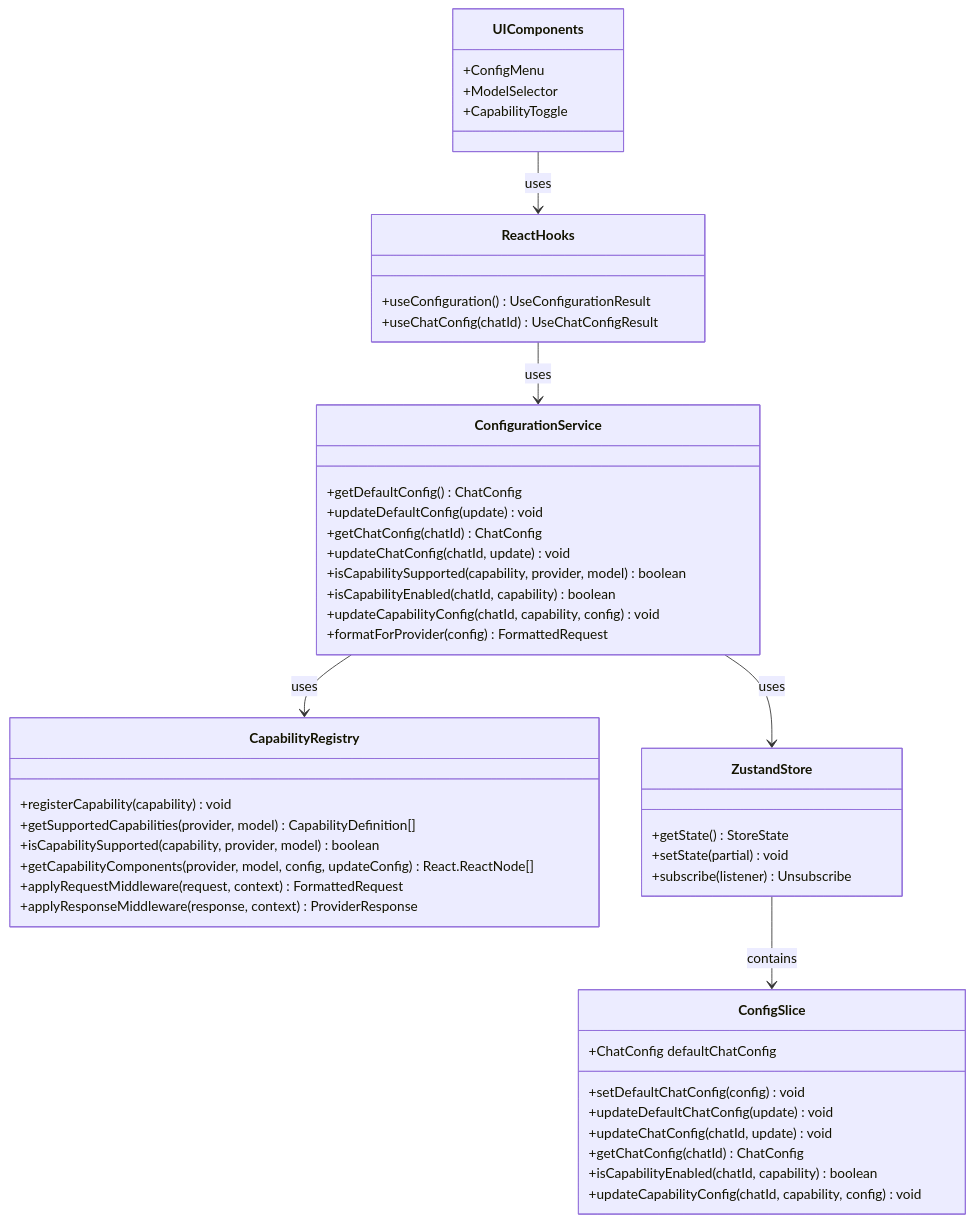
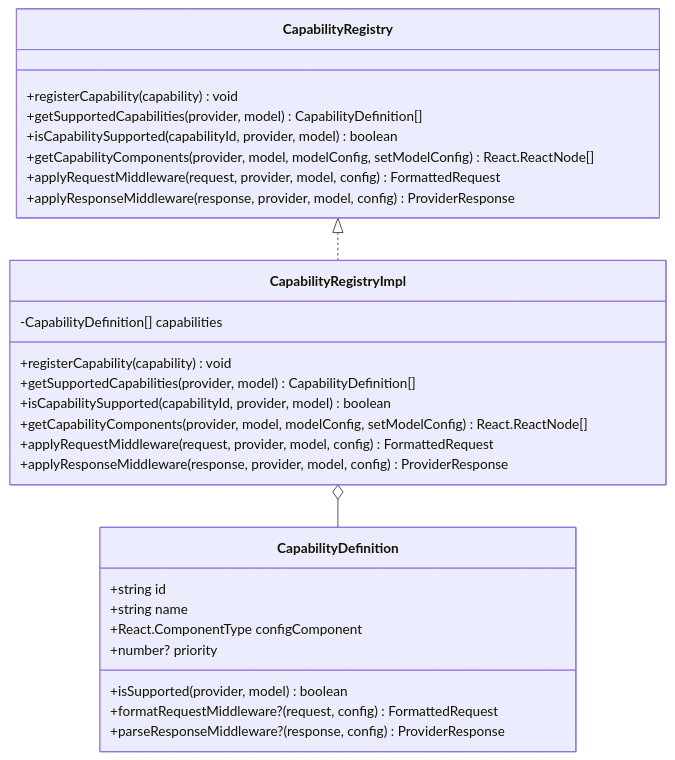
Before and after one commit to m1981/mychat: the third of 6 diagrams in doc_interfaces.md, drawn with Mermaid. The commit also changed other lines of this file and 12 other files, not shown here.

````diff
--- a/doc_interfaces.md
+++ b/doc_interfaces.md
@@ -814,55 +945,34 @@
 ```mermaid
 classDiagram
-    class ConfigSlice {
-        +ChatConfig defaultChatConfig
-        +setDefaultChatConfig(config) void
-        +updateDefaultChatConfig(update) void
-        +updateChatConfig(chatId, update) void
-        +getChatConfig(chatId) ChatConfig
-        +isCapabilityEnabled(chatId, capability) boolean
-        +updateCapabilityConfig(chatId, capability, config) void
-    }
-    
-    class ConfigurationService {
-        +getDefaultConfig() ChatConfig
-        +updateDefaultConfig(update) void
-        +getChatConfig(chatId) ChatConfig
-        +updateChatConfig(chatId, update) void
-        +isCapabilitySupported(capability, provider, model) boolean
-        +isCapabilityEnabled(chatId, capability) boolean
-        +updateCapabilityConfig(chatId, capability, config) void
-        +formatForProvider(config) FormattedRequest
+    class CapabilityDefinition {
+        +string id
+        +string name
+        +isSupported(provider, model) boolean
+        +React.ComponentType configComponent
+        +number? priority
+        +formatRequestMiddleware?(request, config) FormattedRequest
+        +parseResponseMiddleware?(response, config) ProviderResponse
     }
     
     class CapabilityRegistry {
         +registerCapability(capability) void
         +getSupportedCapabilities(provider, model) CapabilityDefinition[]
-        +isCapabilitySupported(capability, provider, model) boolean
-        +getCapabilityComponents(provider, model, config, updateConfig) React.ReactNode[]
-        +applyRequestMiddleware(request, context) FormattedRequest
-        +applyResponseMiddleware(response, context) ProviderResponse
+        +isCapabilitySupported(capabilityId, provider, model) boolean
+        +getCapabilityComponents(provider, model, modelConfig, setModelConfig) React.ReactNode[]
+        +applyRequestMiddleware(request, provider, model, config) FormattedRequest
+        +applyResponseMiddleware(response, provider, model, config) ProviderResponse
     }
     
-    class ZustandStore {
-        +getState() StoreState
-        +setState(partial) void
-        +subscribe(listener) Unsubscribe
+    class CapabilityRegistryImpl {
+        -CapabilityDefinition[] capabilities
+        +registerCapability(capability) void
+        +getSupportedCapabilities(provider, model) CapabilityDefinition[]
+        +isCapabilitySupported(capabilityId, provider, model) boolean
+        +getCapabilityComponents(provider, model, modelConfig, setModelConfig) React.ReactNode[]
+        +applyRequestMiddleware(request, provider, model, config) FormattedRequest
+        +applyResponseMiddleware(response, provider, model, config) ProviderResponse
     }
     
-    class ReactHooks {
-        +useConfiguration() UseConfigurationResult
-        +useChatConfig(chatId) UseChatConfigResult
-    }
-    
-    class UIComponents {
-        +ConfigMenu
-        +ModelSelector
-        +CapabilityToggle
-    }
-    
-    ZustandStore --> ConfigSlice : contains
-    ConfigurationService --> ZustandStore : uses
-    ConfigurationService --> CapabilityRegistry : uses
-    ReactHooks --> ConfigurationService : uses
-    UIComponents --> ReactHooks : uses
+    CapabilityRegistry <|.. CapabilityRegistryImpl
+    CapabilityRegistryImpl o-- CapabilityDefinition
 ```
````
